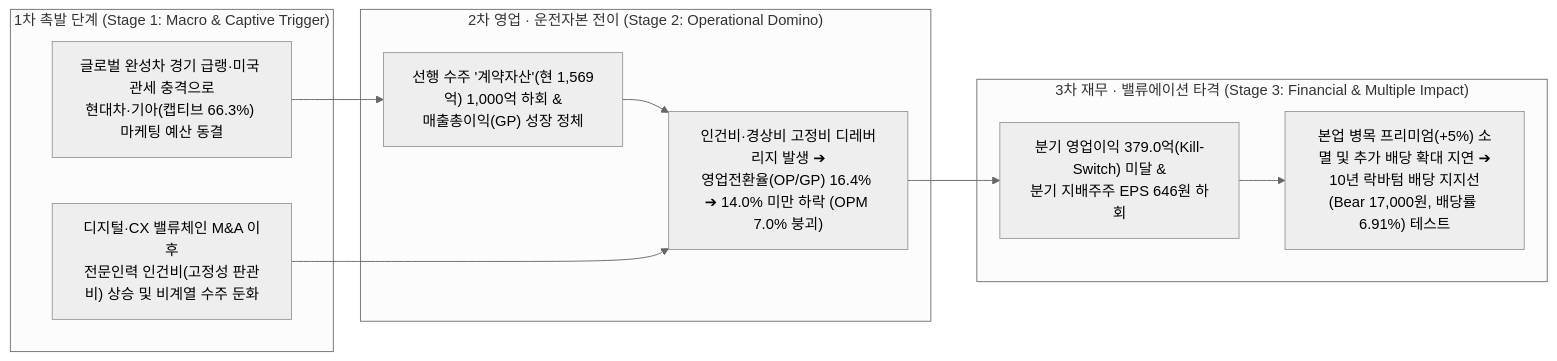
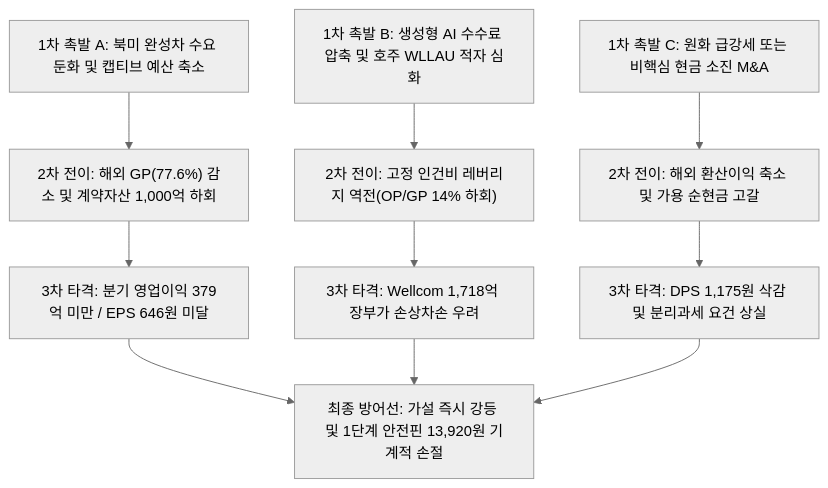
One commit to eve830521-cmd/my-skill-ver.5 changed the second of 3 diagrams in Stock_Research/이노션/3_Final_Reports/Phase1_Report.md. Above: the diagram before and after it, drawn with Mermaid (neutral theme). The commit also changed other lines of this file and 308 other files, not shown here.

````diff
--- a/Stock_Research/이노션/3_Final_Reports/Phase1_Report.md
+++ b/Stock_Research/이노션/3_Final_Reports/Phase1_Report.md
@@ -229,20 +163,12 @@
 ```mermaid
-flowchart LR
-    subgraph S1["1차 촉발 단계 (Stage 1: Macro & Captive Trigger)"]
-        T1["글로벌 완성차 경기 급랭·미국 관세 충격으로<br/>현대차·기아(캡티브 66.3%) 마케팅 예산 동결"]
-        T2["디지털·CX 밸류체인 M&A 이후<br/>전문인력 인건비(고정성 판관비) 상승 및 비계열 수주 둔화"]
-    end
-
-    subgraph S2["2차 영업 · 운전자본 전이 (Stage 2: Operational Domino)"]
-        O1["선행 수주 '계약자산'(현 1,569억) 1,000억 하회 &<br/>매출총이익(GP) 성장 정체"]
-        O2["인건비·경상비 고정비 디레버리지 발생 ➔<br/>영업전환율(OP/GP) 16.4% ➔ 14.0% 미만 하락 (OPM 7.0% 붕괴)"]
-    end
-
-    subgraph S3["3차 재무 · 밸류에이션 타격 (Stage 3: Financial & Multiple Impact)"]
-        F1["분기 영업이익 379.0억(Kill-Switch) 미달 &<br/>분기 지배주주 EPS 646원 하회"]
-        F2["본업 병목 프리미엄(+5%) 소멸 및 추가 배당 확대 지연 ➔<br/>10년 락바텀 배당 지지선(Bear 17,000원, 배당률 6.91%) 테스트"]
-    end
-
-    T1 --> O1 --> O2 --> F1 --> F2
-    T2 --> O2
+flowchart TD
+    T1["1차 촉발 A: 북미 완성차 수요 둔화 및 캡티브 예산 축소"] --> M1["2차 전이: 해외 GP(77.6%) 감소 및 계약자산 1,000억 하회"]
+    T2["1차 촉발 B: 생성형 AI 수수료 압축 및 호주 WLLAU 적자 심화"] --> M2["2차 전이: 고정 인건비 레버리지 역전(OP/GP 14% 하회)"]
+    T3["1차 촉발 C: 원화 급강세 또는 비핵심 현금 소진 M&A"] --> M3["2차 전이: 해외 환산이익 축소 및 가용 순현금 고갈"]
+    M1 --> F1["3차 타격: 분기 영업이익 379억 미만 / EPS 646원 미달"]
+    M2 --> F2["3차 타격: Wellcom 1,718억 장부가 손상차손 우려"]
+    M3 --> F3["3차 타격: DPS 1,175원 삭감 및 분리과세 요건 상실"]
+    F1 --> KS["최종 방어선: 가설 즉시 강등 및 1단계 안전핀 13,920원 기계적 손절"]
+    F2 --> KS
+    F3 --> KS
 ```
````
